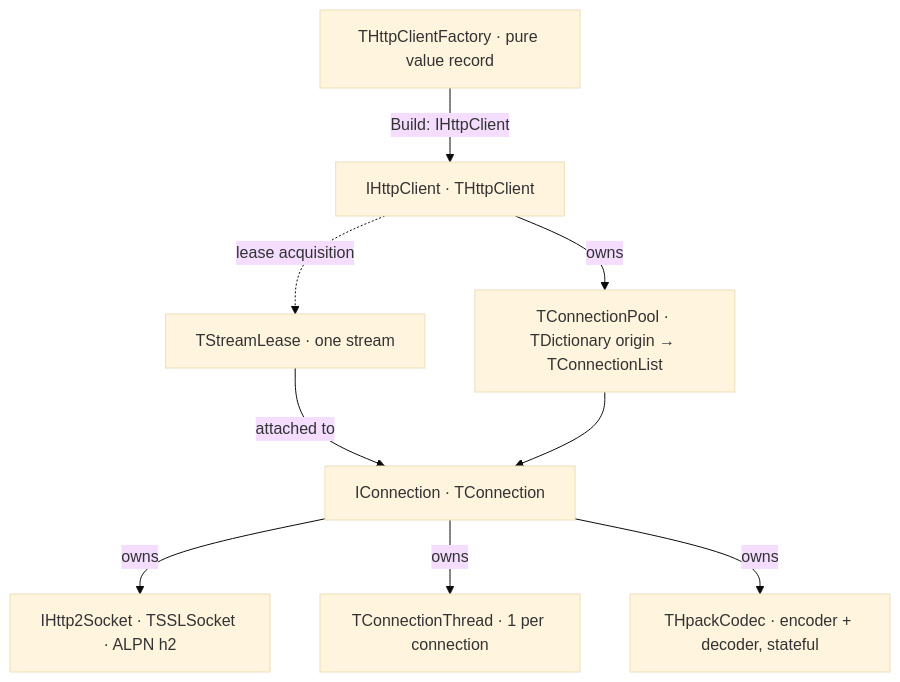
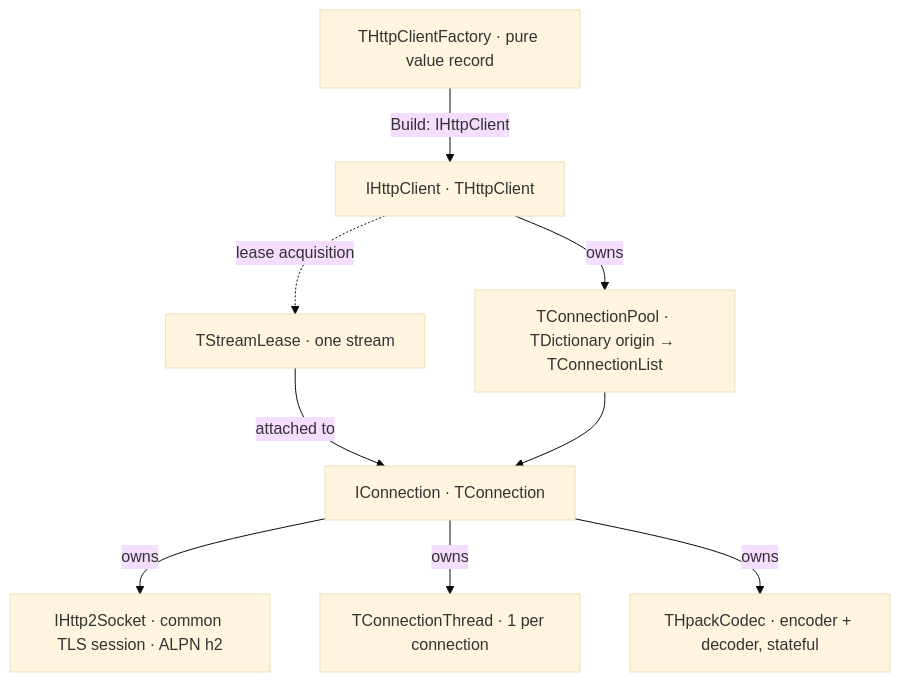
Before and after one commit to lscoughlin/http2components: the second of 2 diagrams in doc/design/client/architecture.md, drawn with Mermaid (base theme). The commit also changed other lines of this file and 20 other files, not shown here.

````diff
--- a/doc/design/client/architecture.md
+++ b/doc/design/client/architecture.md
@@ -61,12 +61,12 @@
 ```mermaid
 flowchart TB
   F["THttpClientFactory · pure value record"]
   F -->|"Build: IHttpClient"| C["IHttpClient · THttpClient"]
   C -->|"owns"| P["TConnectionPool · TDictionary origin → TConnectionList"]
   C -.->|"lease acquisition"| L["TStreamLease · one stream"]
   L -->|"attached to"| N["IConnection · TConnection"]
   P --> N
-  N -->|"owns"| S["IHttp2Socket · TSSLSocket · ALPN h2"]
+  N -->|"owns"| S["IHttp2Socket · common TLS session · ALPN h2"]
   N -->|"owns"| T["TConnectionThread · 1 per connection"]
   N -->|"owns"| H["THpackCodec · encoder + decoder, stateful"]
 ```
````
